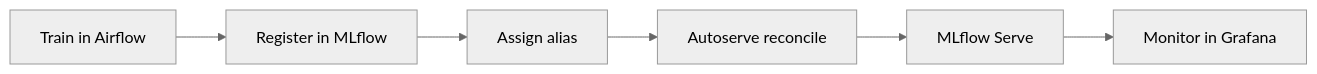
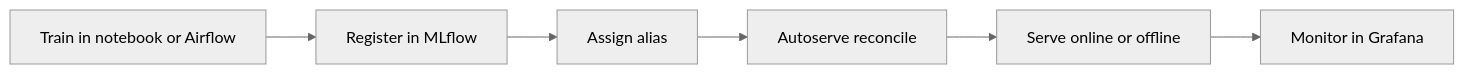
The diagram in README.md (AleksTurov/mlops), drawn with Mermaid (neutral theme) before and after one commit. The commit also changed other lines of this file and 3 other files, not shown here.

Commit message:
docs: update README and architecture documentation for clarity; enhance SIMPLE_DIAGRAM with training options

````diff
--- a/README.md
+++ b/README.md
@@ -9,8 +9,8 @@
 ```mermaid
 flowchart LR
-    A[Train in Airflow] --> B[Register in MLflow]
+    A[Train in notebook or Airflow] --> B[Register in MLflow]
     B --> C[Assign alias]
     C --> D[Autoserve reconcile]
-    D --> E[MLflow Serve]
+    D --> E[Serve online or offline]
     E --> F[Monitor in Grafana]
 ```
````
